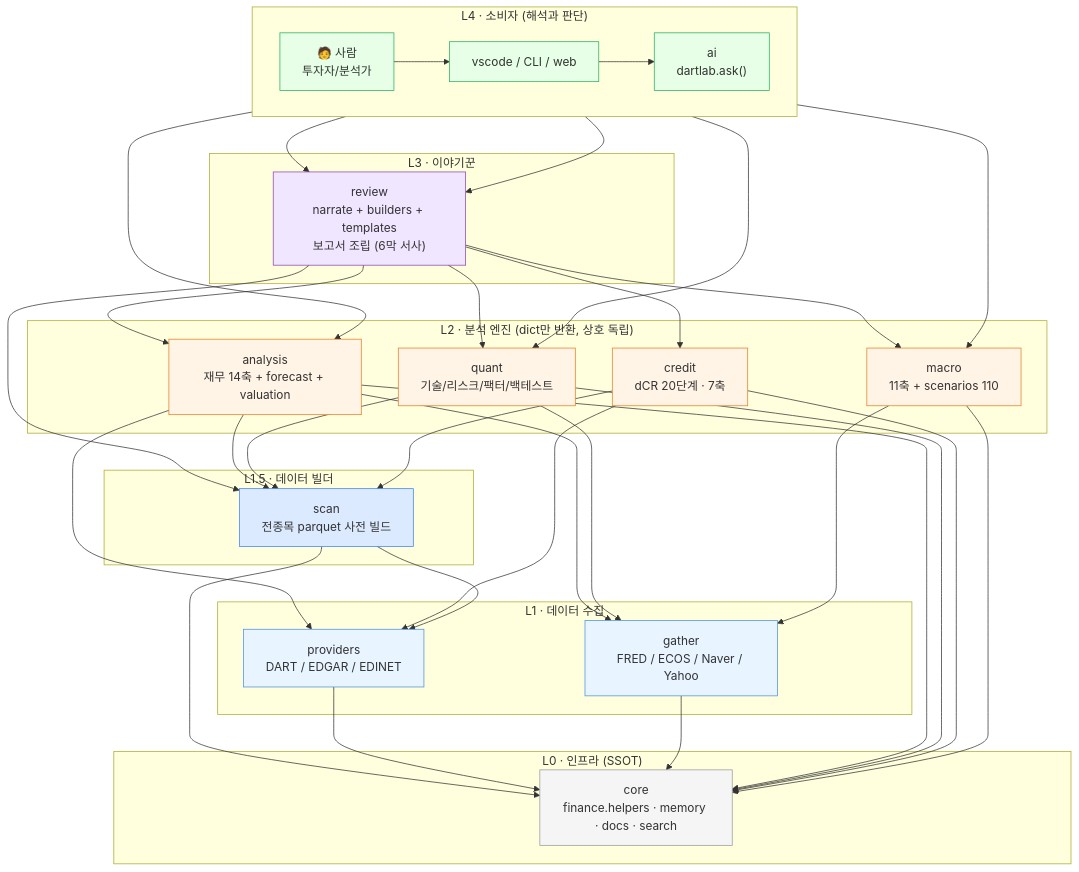
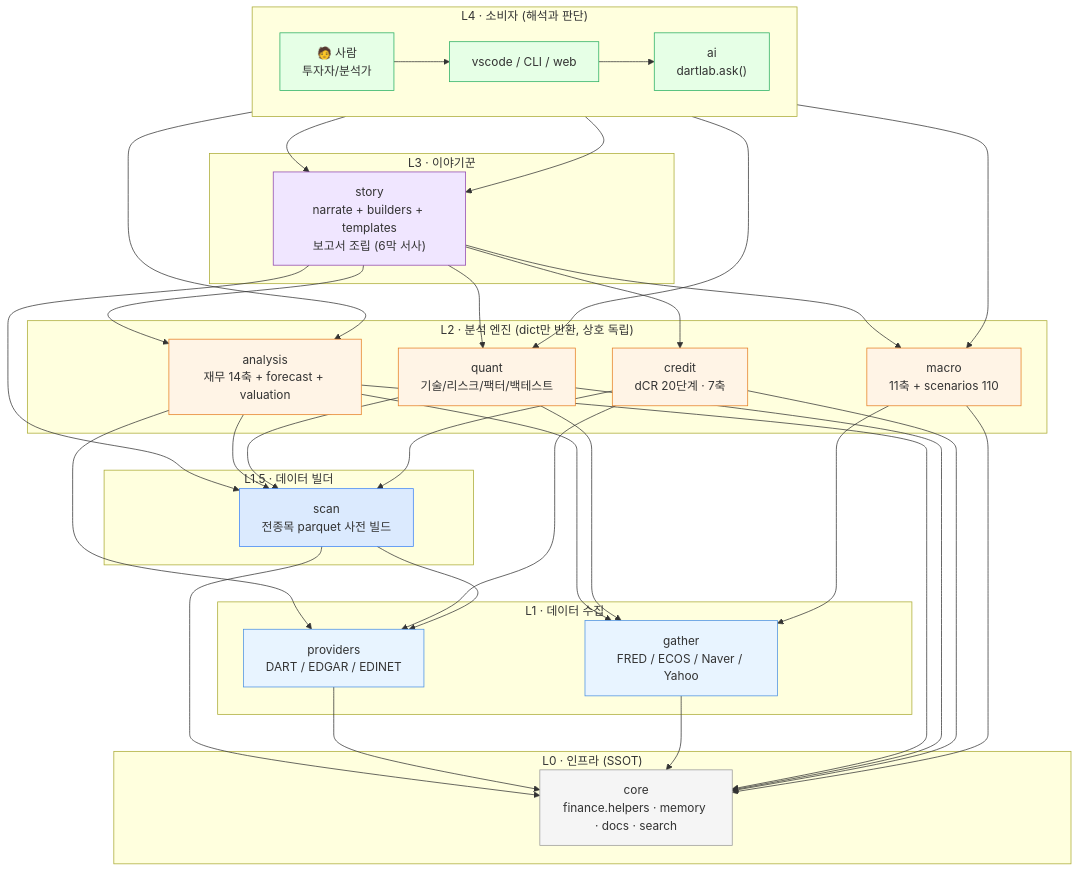
Before and after one commit to zkznxk123-sys/dartlab: the diagram in README.md, drawn with Mermaid. The commit also changed other lines of this file and 95 other files, not shown here.

````diff
--- a/README.md
+++ b/README.md
@@ -401,70 +401,70 @@
 ```mermaid
 flowchart TB
     subgraph L4["L4 · 소비자 (해석과 판단)"]
         direction LR
         HUMAN["🧑 사람<br/>투자자/분석가"]
         AI["ai<br/>dartlab.ask()"]
         UI["vscode / CLI / web"]
     end
     subgraph L3["L3 · 이야기꾼"]
-        REV["review<br/>narrate + builders + templates<br/>보고서 조립 (6막 서사)"]
+        REV["story<br/>narrate + builders + templates<br/>보고서 조립 (6막 서사)"]
     end
     subgraph L2["L2 · 분석 엔진 (dict만 반환, 상호 독립)"]
         ANA["analysis<br/>재무 14축 + forecast + valuation"]
         QNT["quant<br/>기술/리스크/팩터/백테스트"]
         CRD["credit<br/>dCR 20단계 · 7축"]
         MAC["macro<br/>11축 + scenarios 110"]
     end
     subgraph L15["L1.5 · 데이터 빌더"]
         SCN["scan<br/>전종목 parquet 사전 빌드"]
     end
     subgraph L1["L1 · 데이터 수집"]
         PRV["providers<br/>DART / EDGAR / EDINET"]
         GAT["gather<br/>FRED / ECOS / Naver / Yahoo"]
     end
     subgraph L0["L0 · 인프라 (SSOT)"]
         CORE["core<br/>finance.helpers · memory · docs · search"]
     end
 
     HUMAN --> UI
     UI --> AI
     UI --> REV
     AI --> REV
     AI --> ANA
     AI --> QNT
     AI --> MAC
     REV --> ANA
     REV --> QNT
     REV --> CRD
     REV --> MAC
     REV --> SCN
     ANA --> SCN
     ANA --> PRV
     ANA --> GAT
     QNT --> SCN
     QNT --> GAT
     CRD --> SCN
     CRD --> PRV
     MAC --> GAT
     SCN --> PRV
     SCN --> CORE
     PRV --> CORE
     GAT --> CORE
     ANA --> CORE
     QNT --> CORE
     CRD --> CORE
     MAC --> CORE
 
     classDef l0 fill:#f5f5f5,stroke:#999
     classDef l1 fill:#e8f4ff,stroke:#4a90e2
     classDef l15 fill:#dbeafe,stroke:#3b82f6
     classDef l2 fill:#fff4e6,stroke:#e67e22
     classDef l3 fill:#f0e6ff,stroke:#8e44ad
     classDef l4 fill:#e6ffe6,stroke:#27ae60
     class CORE l0
     class PRV,GAT l1
     class SCN l15
     class ANA,QNT,CRD,MAC l2
     class REV l3
     class AI,UI,HUMAN l4
 ```
````
